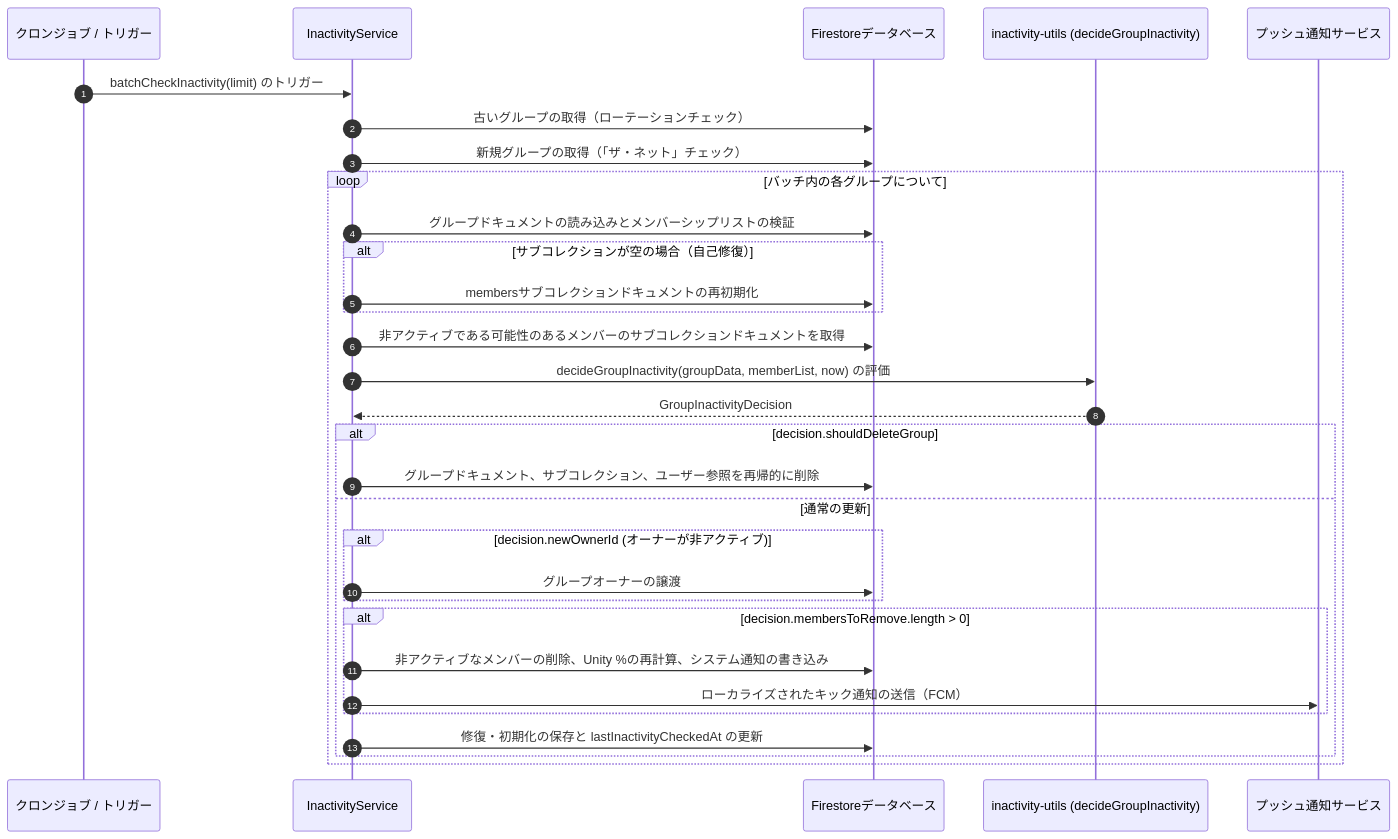
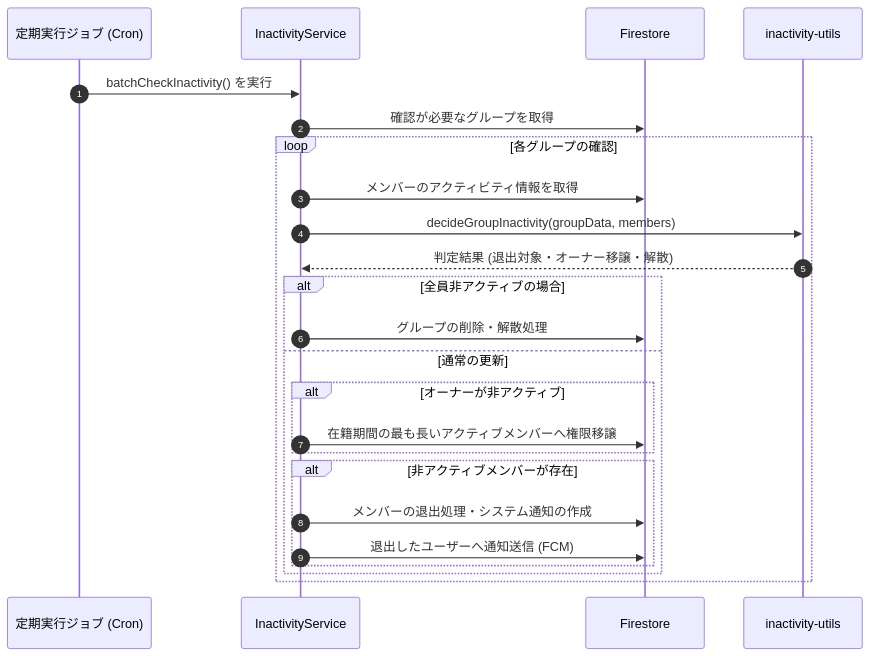
One commit to ScriptureHabit/scripture-habit changed the diagram in docs/ja/inactivity-and-autokick.md. Above: the diagram before and after it, drawn with Mermaid. The commit also changed other lines of this file and 19 other files, not shown here.

````diff
--- a/docs/ja/inactivity-and-autokick.md
+++ b/docs/ja/inactivity-and-autokick.md
@@ -13,35 +13,28 @@
 ```mermaid
 sequenceDiagram
     autonumber
-    participant Cron as クロンジョブ / トリガー
+    participant Cron as 定期実行ジョブ (Cron)
     participant Service as InactivityService
-    participant DB as Firestoreデータベース
-    participant Utils as inactivity-utils (decideGroupInactivity)
-    participant FCM as プッシュ通知サービス
+    participant DB as Firestore
+    participant Utils as inactivity-utils
 
-    Cron->>Service: batchCheckInactivity(limit) のトリガー
-    Service->>DB: 古いグループの取得（ローテーションチェック）
-    Service->>DB: 新規グループの取得（「ザ・ネット」チェック）
-    loop バッチ内の各グループについて
-        Service->>DB: グループドキュメントの読み込みとメンバーシップリストの検証
-        alt サブコレクションが空の場合（自己修復）
-            Service->>DB: membersサブコレクションドキュメントの再初期化
-        end
-        Service->>DB: 非アクティブである可能性のあるメンバーのサブコレクションドキュメントを取得
-        Service->>Utils: decideGroupInactivity(groupData, memberList, now) の評価
-        Utils-->>Service: GroupInactivityDecision
+    Cron->>Service: batchCheckInactivity() を実行
+    Service->>DB: 確認が必要なグループを取得
+    loop 各グループの確認
+        Service->>DB: メンバーのアクティビティ情報を取得
+        Service->>Utils: decideGroupInactivity(groupData, members)
+        Utils-->>Service: 判定結果 (退出対象・オーナー移譲・解散)
         
-        alt decision.shouldDeleteGroup
-            Service->>DB: グループドキュメント、サブコレクション、ユーザー参照を再帰的に削除
+        alt 全員非アクティブの場合
+            Service->>DB: グループの削除・解散処理
         else 通常の更新
-            alt decision.newOwnerId (オーナーが非アクティブ)
-                Service->>DB: グループオーナーの譲渡
+            alt オーナーが非アクティブ
+                Service->>DB: 在籍期間の最も長いアクティブメンバーへ権限移譲
             end
-            alt decision.membersToRemove.length > 0
-                Service->>DB: 非アクティブなメンバーの削除、Unity %の再計算、システム通知の書き込み
-                Service->>FCM: ローカライズされたキック通知の送信（FCM）
+            alt 非アクティブメンバーが存在
+                Service->>DB: メンバーの退出処理・システム通知の作成
+                Service->>DB: 退出したユーザーへ通知送信 (FCM)
             end
-            Service->>DB: 修復・初期化の保存と lastInactivityCheckedAt の更新
         end
     end
 ```
````
